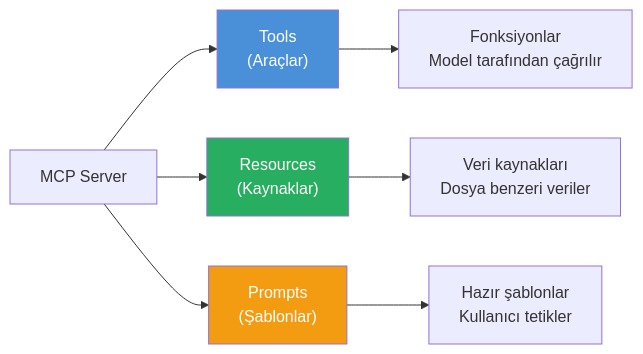
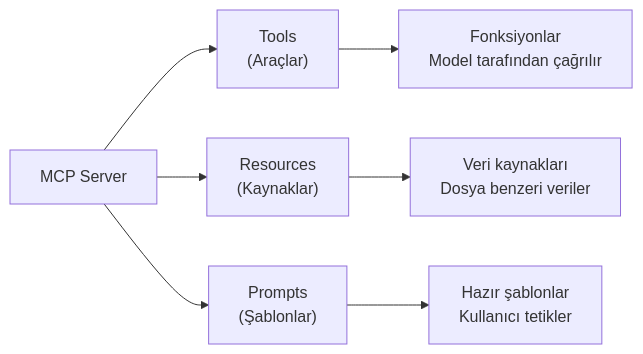
The sixth of 8 diagrams in 11-mcp/01-mcp-nedir.md (IzzetYasinAtes/ClaudeCodeHandbook), drawn with Mermaid before and after one commit. The commit also changed other lines of this file and 97 other files, not shown here.

Commit message:
Remove all custom Mermaid style/fill colors from 98 markdown files for consistent dark theme rendering

````diff
--- a/11-mcp/01-mcp-nedir.md
+++ b/11-mcp/01-mcp-nedir.md
@@ -237,14 +229,11 @@
 ```mermaid
 flowchart LR
     MCP["MCP Server"] --> T["Tools<br/>(Araçlar)"]
     MCP --> R["Resources<br/>(Kaynaklar)"]
     MCP --> P["Prompts<br/>(Şablonlar)"]
 
     T --> T1["Fonksiyonlar<br/>Model tarafından çağrılır"]
     R --> R1["Veri kaynakları<br/>Dosya benzeri veriler"]
     P --> P1["Hazır şablonlar<br/>Kullanıcı tetikler"]
 
-    style T fill:#4A90D9,color:#fff
-    style R fill:#27AE60,color:#fff
-    style P fill:#F39C12,color:#fff
 ```
````
